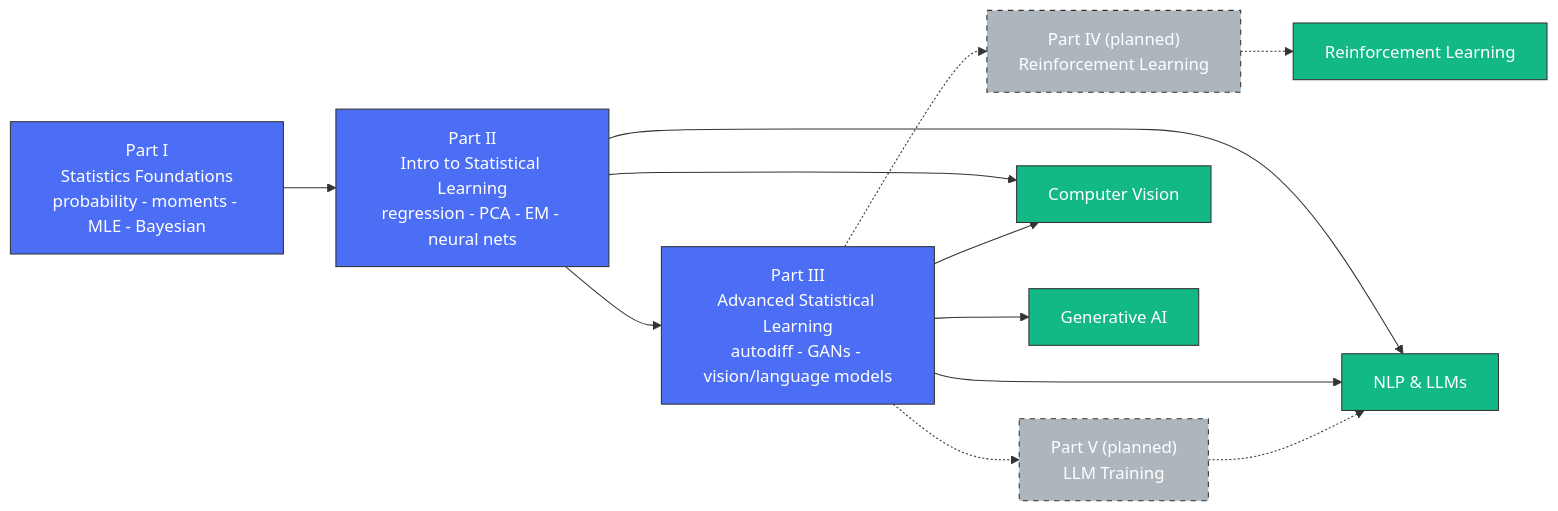
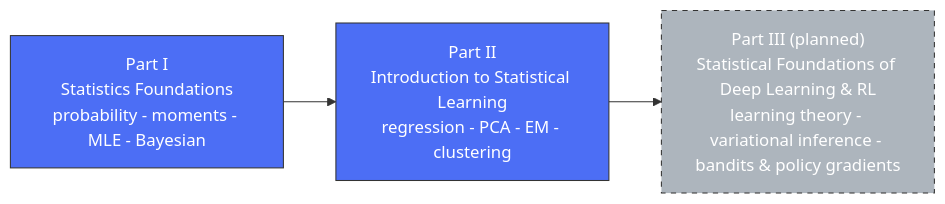
The diagram in README.md (Bellman281/Stat4ML), drawn with Mermaid before and after one commit. The commit also changed other lines of this file, not shown here.

First line of the commit message:
Re-scope the course outline: Part III is statistics-first (DL + RL)

````diff
--- a/README.md
+++ b/README.md
@@ -124,31 +124,13 @@
 ```mermaid
 flowchart LR
     A["Part I<br/>Statistics Foundations<br/>probability - moments - MLE - Bayesian"]
-    B["Part II<br/>Intro to Statistical Learning<br/>regression - PCA - EM - neural nets"]
-    C["Part III<br/>Advanced Statistical Learning<br/>autodiff - GANs - vision/language models"]
-    D["Part IV (planned)<br/>Reinforcement Learning"]
-    E["Part V (planned)<br/>LLM Training"]
-
-    CV[Computer Vision]
-    NLP[NLP & LLMs]
-    RL[Reinforcement Learning]
-    GEN[Generative AI]
+    B["Part II<br/>Introduction to Statistical Learning<br/>regression - PCA - EM - clustering"]
+    C["Part III (planned)<br/>Statistical Foundations of Deep Learning & RL<br/>learning theory - variational inference - bandits & policy gradients"]
 
     A --> B --> C
-    C -.-> D
-    C -.-> E
-    B --> CV
-    B --> NLP
-    C --> CV
-    C --> NLP
-    C --> GEN
-    D -.-> RL
-    E -.-> NLP
 
     classDef part fill:#4C6EF5,color:#fff,stroke:#333,stroke-width:1px
     classDef planned fill:#adb5bd,color:#fff,stroke:#333,stroke-width:1px,stroke-dasharray: 5 5
-    classDef app fill:#12b886,color:#fff,stroke:#333,stroke-width:1px
-    class A,B,C part
-    class D,E planned
-    class CV,NLP,RL,GEN app
+    class A,B part
+    class C planned
 ```
````
